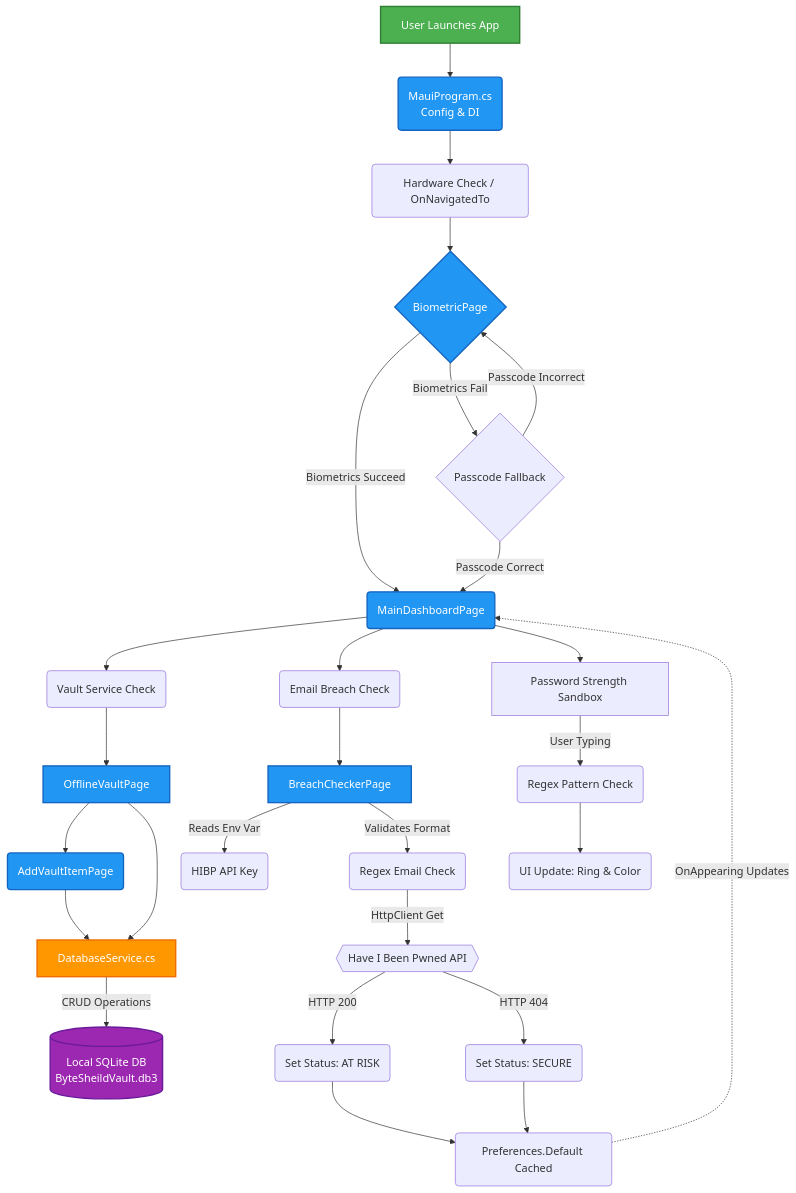
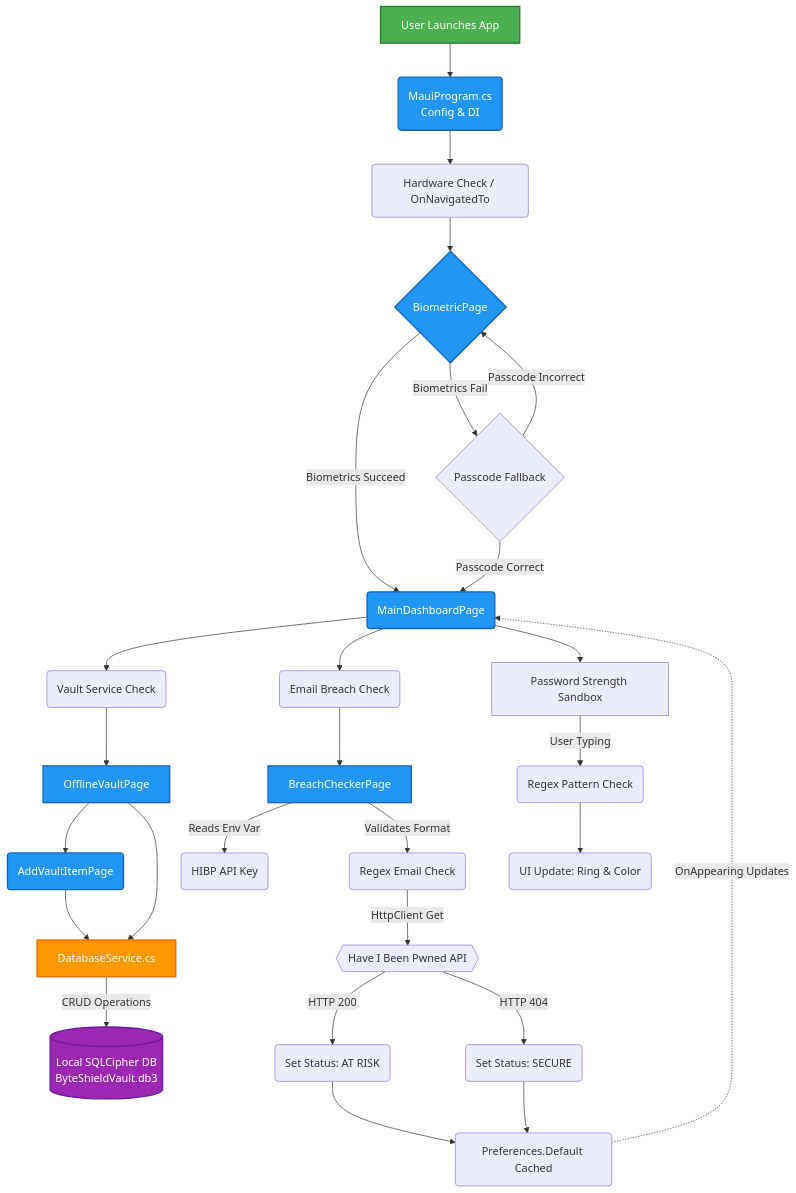
One commit to osman-builds/ByteSheild changed the diagram in README.md. Above: the diagram before and after it, drawn with Mermaid. The commit also changed other lines of this file and 2 other files, not shown here.

````diff
--- a/README.md
+++ b/README.md
@@ -85,54 +92,54 @@
 ```mermaid
 graph TD
     %% Define Styles
     classDef startNode fill:#4CAF50,stroke:#2E7D32,color:white,stroke-width:2px
     classDef pageNode fill:#2196F3,stroke:#1565C0,color:white,stroke-width:2px
     classDef serviceNode fill:#FF9800,stroke:#EF6C00,color:white,stroke-width:2px
     classDef dataNode fill:#9C27B0,stroke:#6A1B9A,color:white,stroke-width:2px
 
     %% App Launch
     A[User Launches App]:::startNode --> B(MauiProgram.cs<br/>Config & DI):::pageNode
     B --> C(Hardware Check / OnNavigatedTo)
 
     %% Authentication
     C --> D{BiometricPage}:::pageNode
     D -- Biometrics Succeed --> E(MainDashboardPage)
     D -- Biometrics Fail --> F{Passcode Fallback}
     F -- Passcode Correct --> E
     F -- Passcode Incorrect --> D
 
     %% Dashboard (Main Hub)
     E:::pageNode --> G(Vault Service Check)
     E --> H(Email Breach Check)
     E --> I[Password Strength Sandbox]
 
     %% Realtime Computations
     I -->|User Typing| J(Regex Pattern Check)
     J --> K(UI Update: Ring & Color)
 
     %% Vault Operations
     G --> L[OfflineVaultPage]:::pageNode
     L --> M(AddVaultItemPage):::pageNode
     L --> N[DatabaseService.cs]:::serviceNode
     M --> N
     
     %% SQLite
-    N -- CRUD Operations --> O[(Local SQLite DB<br/>ByteSheildVault.db3)]:::dataNode
+    N -- CRUD Operations --> O[(Local SQLCipher DB<br/>ByteShieldVault.db3)]:::dataNode
 
     %% Network Operations
     H --> P[BreachCheckerPage]:::pageNode
     P -- Reads Env Var --> Q(HIBP API Key)
     P -- Validates Format --> R(Regex Email Check)
     R -- HttpClient Get --> S{{Have I Been Pwned API}}
     
     %% API Return
     S -- HTTP 200 --> T(Set Status: AT RISK)
     S -- HTTP 404 --> U(Set Status: SECURE)
     
     T --> V(Preferences.Default Cached)
     U --> V(Preferences.Default Cached)
     
     %% Cache back to Dashboard
     V -.->|OnAppearing Updates| E
 
 ```
````
